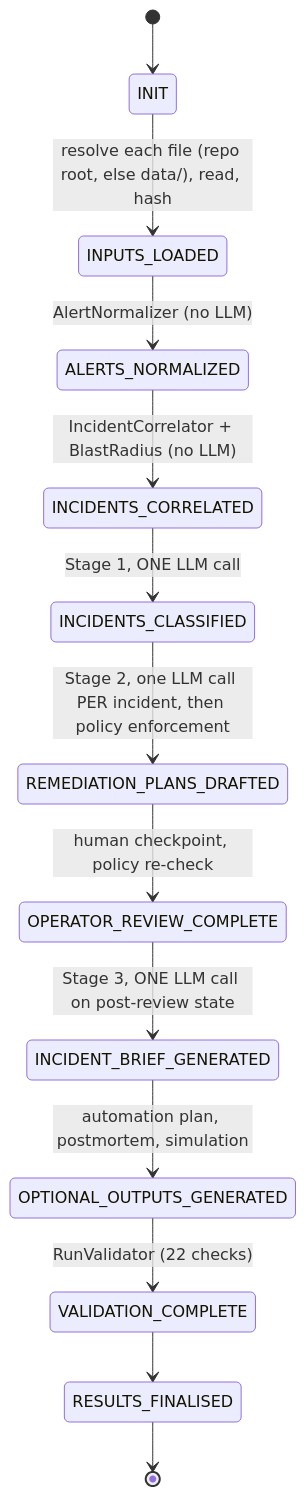
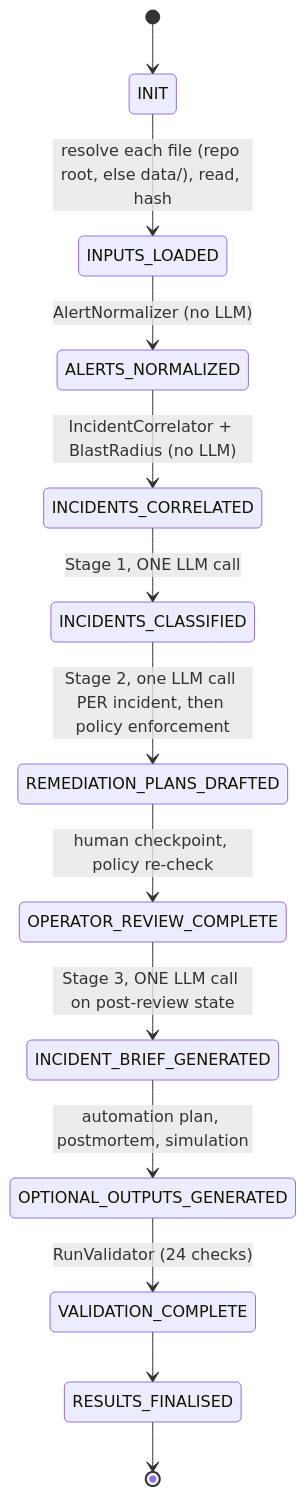
The third of 8 diagrams in docs/IMPLEMENTATION_SPEC.md (srikanthkakumanu/deriv-irp), drawn with Mermaid before and after one commit. The commit also changed other lines of this file and 28 other files, not shown here.

First line of the commit message:
Flag non-LLM runs, publish artifact JSON Schemas, add property tests

````diff
--- a/docs/IMPLEMENTATION_SPEC.md
+++ b/docs/IMPLEMENTATION_SPEC.md
@@ -197,15 +199,15 @@
 ```mermaid
 stateDiagram-v2
     [*] --> INIT
     INIT --> INPUTS_LOADED: resolve each file (repo root, else data/), read, hash
     INPUTS_LOADED --> ALERTS_NORMALIZED: AlertNormalizer (no LLM)
     ALERTS_NORMALIZED --> INCIDENTS_CORRELATED: IncidentCorrelator + BlastRadius (no LLM)
     INCIDENTS_CORRELATED --> INCIDENTS_CLASSIFIED: Stage 1, ONE LLM call
     INCIDENTS_CLASSIFIED --> REMEDIATION_PLANS_DRAFTED: Stage 2, one LLM call PER incident, then policy enforcement
     REMEDIATION_PLANS_DRAFTED --> OPERATOR_REVIEW_COMPLETE: human checkpoint, policy re-check
     OPERATOR_REVIEW_COMPLETE --> INCIDENT_BRIEF_GENERATED: Stage 3, ONE LLM call on post-review state
     INCIDENT_BRIEF_GENERATED --> OPTIONAL_OUTPUTS_GENERATED: automation plan, postmortem, simulation
-    OPTIONAL_OUTPUTS_GENERATED --> VALIDATION_COMPLETE: RunValidator (22 checks)
+    OPTIONAL_OUTPUTS_GENERATED --> VALIDATION_COMPLETE: RunValidator (24 checks)
     VALIDATION_COMPLETE --> RESULTS_FINALISED
     RESULTS_FINALISED --> [*]
 ```
````
